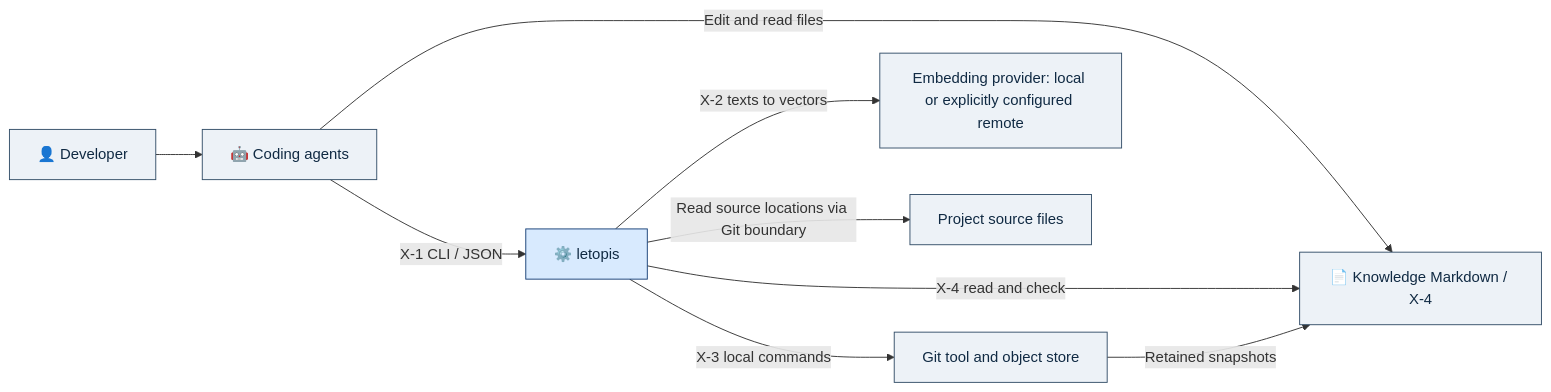
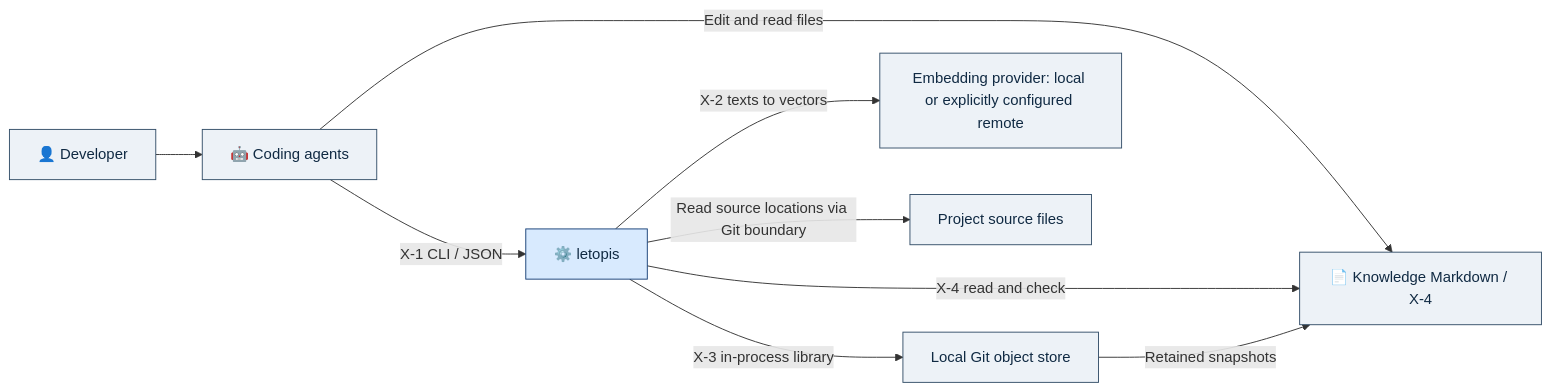
One commit to zdkadiev/letopis changed the first of 3 diagrams in docs/zkit/letopis/architecture.md. Above: the diagram before and after it, drawn with Mermaid. The commit also changed other lines of this file and 21 other files, not shown here.

````diff
--- a/docs/zkit/letopis/architecture.md
+++ b/docs/zkit/letopis/architecture.md
@@ -142,15 +148,15 @@
 ```mermaid
 flowchart LR
     Human["👤 Developer"] --> Agent["🤖 Coding agents"]
     Agent -->|"X-1 CLI / JSON"| System["⚙️ letopis"]
     Agent -->|"Edit and read files"| Docs["📄 Knowledge Markdown / X-4"]
     System -->|"X-4 read and check"| Docs
-    System -->|"X-3 local commands"| Git["Git tool and object store"]
+    System -->|"X-3 in-process library"| Git["Local Git object store"]
     Git -->|"Retained snapshots"| Docs
     System -->|"X-2 texts to vectors"| Provider["Embedding provider: local or explicitly configured remote"]
     System -->|"Read source locations via Git boundary"| Sources["Project source files"]
     classDef primary fill:#d8eafe,stroke:#153e75,color:#102a43
     classDef external fill:#edf2f7,stroke:#334e68,color:#102a43
     class System primary
     class Human,Agent,Docs,Git,Provider,Sources external
 ```
````
